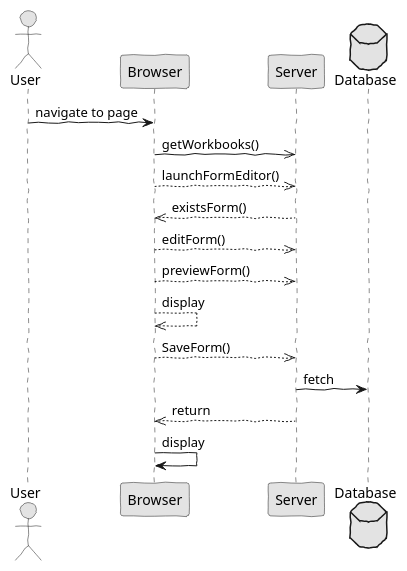
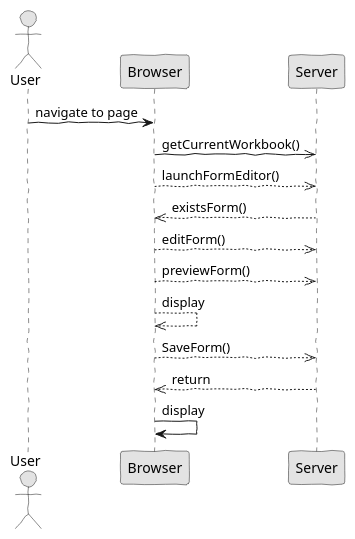
Before and after one commit to HugoFernandes2343/LAPR4_2017-2018: the diagram in docs/blue/s1150585/sp1/analysis1.puml, drawn with PlantUML. The commit also changed 12 other files, not shown here.

```diff
--- a/docs/blue/s1150585/sp1/analysis1.puml
+++ b/docs/blue/s1150585/sp1/analysis1.puml
@@ -1,27 +1,23 @@
 @startuml  analysis.png
 skinparam handwritten true
 skinparam monochrome true
 skinparam packageStyle rect
 skinparam defaultFontName FG Virgil
 skinparam shadowing false
 
 actor User
 
 User -> Browser : navigate to page
-Browser ->> Server : getWorkbooks()
+Browser ->> Server : getCurrentWorkbook()
 Browser -->>Server : launchFormEditor()
 Server -->>Browser : existsForm()
 Browser -->>Server : editForm()
 Browser -->>Server : previewForm()
 Browser -->>Browser : display
 Browser -->>Server : SaveForm()
 
-database Database
-
-Server -> Database : fetch
-
 Server -->> Browser : return
 
 Browser -> Browser : display
 
 @enduml
```
